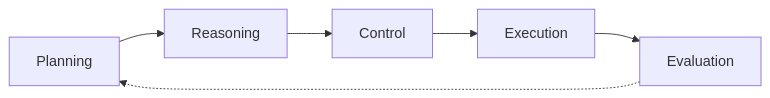
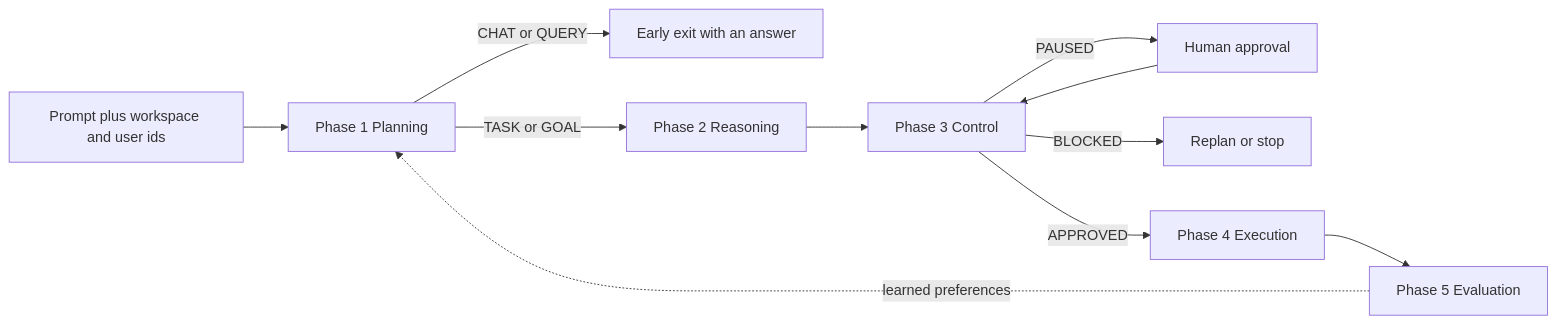
Before and after one commit to therohitji/mr-elite-orchestrator: the first of 3 diagrams in README.md, drawn with Mermaid. The commit also changed other lines of this file, not shown here.

Commit message:
Expand README with details, diagrams and data

````diff
--- a/README.md
+++ b/README.md
@@ -14,10 +47,13 @@
 ```mermaid
 flowchart LR
-  n0["Planning"]
-  n1["Reasoning"]
-  n2["Control"]
-  n3["Execution"]
-  n4["Evaluation"]
-  n0 --> n1 --> n2 --> n3 --> n4
-  n4 -.-> n0
+  A["Prompt plus workspace and user ids"] --> B["Phase 1 Planning"]
+  B -->|"CHAT or QUERY"| X["Early exit with an answer"]
+  B -->|"TASK or GOAL"| C["Phase 2 Reasoning"]
+  C --> D["Phase 3 Control"]
+  D -->|"PAUSED"| H["Human approval"]
+  H --> D
+  D -->|"BLOCKED"| R["Replan or stop"]
+  D -->|"APPROVED"| E["Phase 4 Execution"]
+  E --> F["Phase 5 Evaluation"]
+  F -.->|"learned preferences"| B
 ```
````
